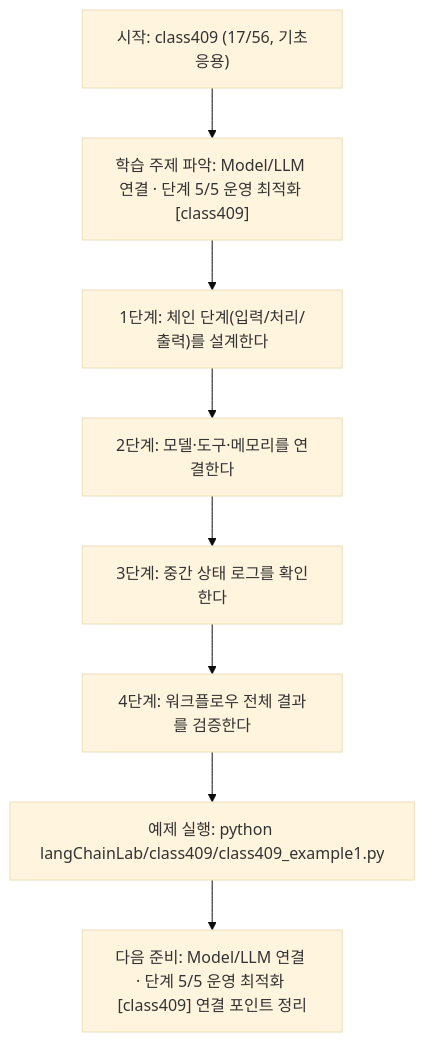
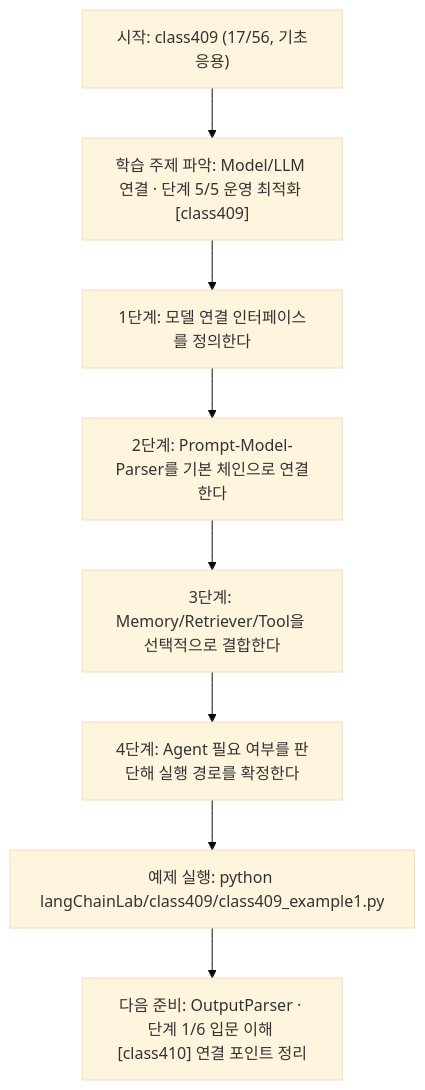
The diagram in langChainLab/class409/class409.md (edumgt/Python-AI_Agent-Class), drawn with Mermaid (base theme) before and after one commit. The commit also changed other lines of this file and 395 other files, not shown here.

````diff
--- a/langChainLab/class409/class409.md
+++ b/langChainLab/class409/class409.md
@@ -110,18 +91,18 @@
 ```mermaid
 flowchart TD
 N1["시작: class409 (17/56, 기초응용)"]
 N2["학습 주제 파악: Model/LLM 연결 · 단계 5/5 운영 최적화 [class409]"]
-N3["1단계: 체인 단계(입력/처리/출력)를 설계한다"]
-N4["2단계: 모델·도구·메모리를 연결한다"]
-N5["3단계: 중간 상태 로그를 확인한다"]
-N6["4단계: 워크플로우 전체 결과를 검증한다"]
+N3["1단계: 모델 연결 인터페이스를 정의한다"]
+N4["2단계: Prompt-Model-Parser를 기본 체인으로 연결한다"]
+N5["3단계: Memory/Retriever/Tool을 선택적으로 결합한다"]
+N6["4단계: Agent 필요 여부를 판단해 실행 경로를 확정한다"]
 N7["예제 실행: python langChainLab/class409/class409_example1.py"]
-N8["다음 준비: Model/LLM 연결 · 단계 5/5 운영 최적화 [class409] 연결 포인트 정리"]
+N8["다음 준비: OutputParser · 단계 1/6 입문 이해 [class410] 연결 포인트 정리"]
 N1 --> N2
 N2 --> N3
 N3 --> N4
 N4 --> N5
 N5 --> N6
 N6 --> N7
 N7 --> N8
 ```
````
